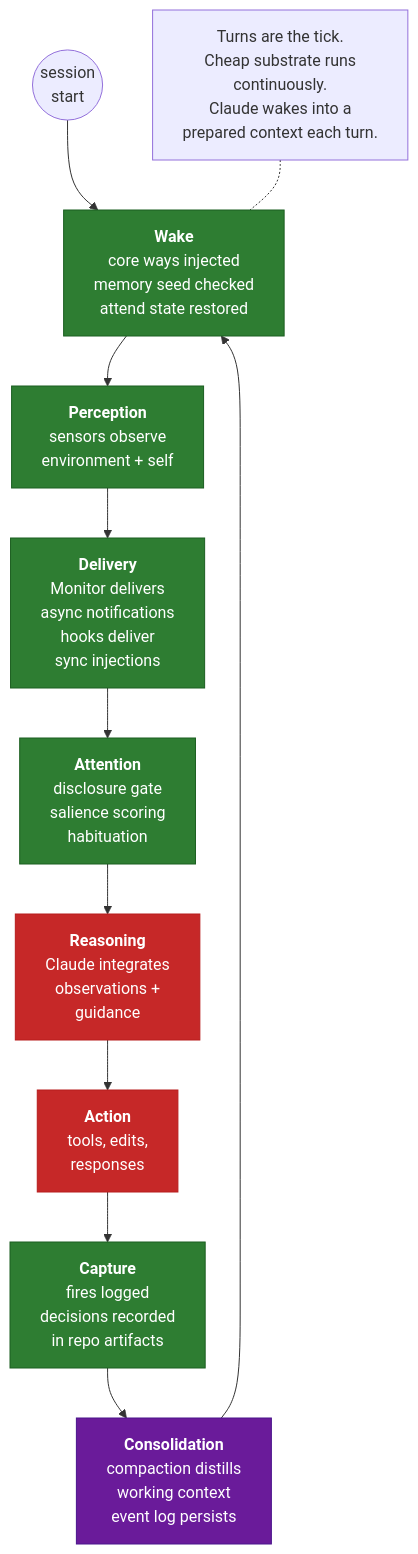
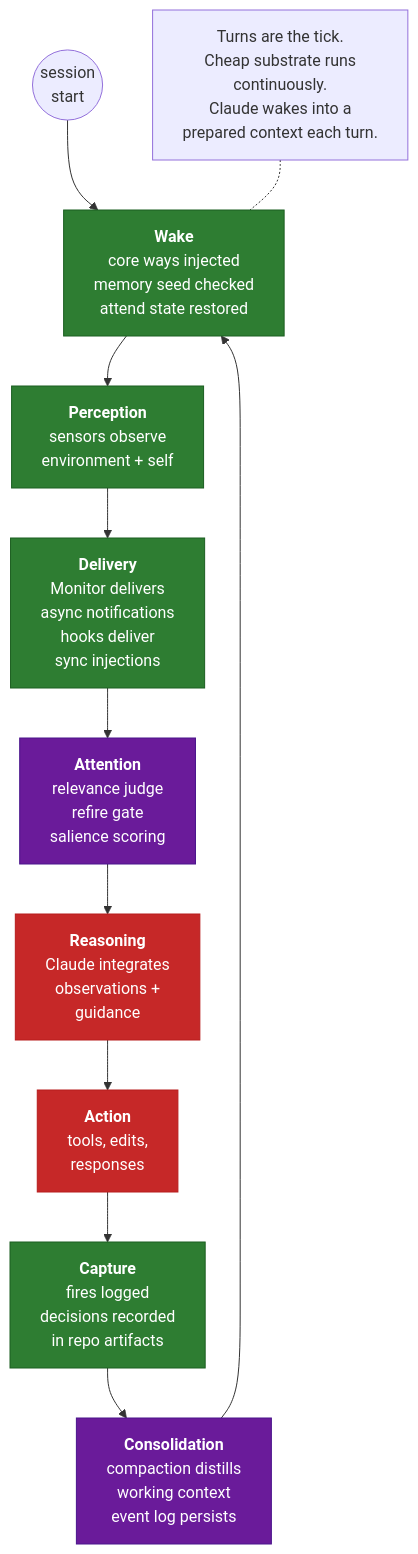
The third of 3 diagrams in docs/cognitive-loop.md (aaronsb/agent-ways), drawn with Mermaid before and after one commit. The commit also changed other lines of this file and 7 other files, not shown here.

First line of the commit message:
docs(architecture): redraw the ways pipeline for the judge, late-interaction and per-agent state

````diff
--- a/docs/cognitive-loop.md
+++ b/docs/cognitive-loop.md
@@ -219,31 +220,31 @@
 ```mermaid
 flowchart TB
     classDef cheap fill:#2E7D32,stroke:#1B5E20,color:#fff
     classDef expensive fill:#C62828,stroke:#B71C1C,color:#fff
     classDef mixed fill:#6A1B9A,stroke:#4A148C,color:#fff
 
     Start((session<br/>start))
 
     W["<b>Wake</b><br/>core ways injected<br/>memory seed checked<br/>attend state restored"]:::cheap
     P["<b>Perception</b><br/>sensors observe<br/>environment + self"]:::cheap
     D["<b>Delivery</b><br/>Monitor delivers<br/>async notifications<br/>hooks deliver<br/>sync injections"]:::cheap
-    At["<b>Attention</b><br/>disclosure gate<br/>salience scoring<br/>habituation"]:::cheap
+    At["<b>Attention</b><br/>relevance judge<br/>refire gate<br/>salience scoring"]:::mixed
     R["<b>Reasoning</b><br/>Claude integrates<br/>observations +<br/>guidance"]:::expensive
     Ac["<b>Action</b><br/>tools, edits,<br/>responses"]:::expensive
     Ca["<b>Capture</b><br/>fires logged<br/>decisions recorded<br/>in repo artifacts"]:::cheap
     Co["<b>Consolidation</b><br/>compaction distills<br/>working context<br/>event log persists"]:::mixed
 
     Start --> W
     W --> P
     P --> D
     D --> At
     At --> R
     R --> Ac
     Ac --> Ca
     Ca --> Co
     Co --> W
 
     Note1["Turns are the tick.<br/>Cheap substrate runs<br/>continuously.<br/>Claude wakes into a<br/>prepared context each turn."]
 
     Note1 -.- W
 ```
````
